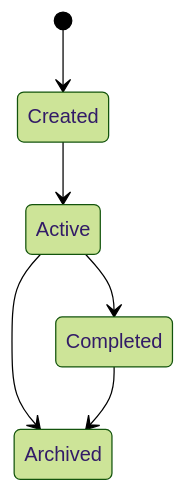
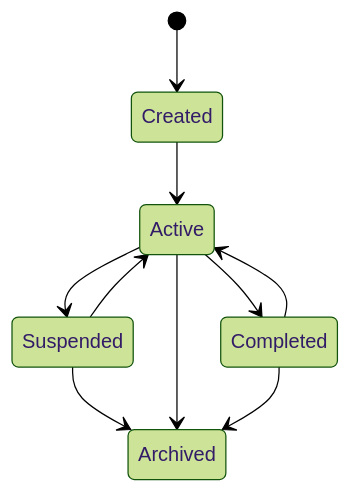
The fourth of 4 diagrams in docs/04-backend/investigation-service.md (koraayoztuurk/SentinelAI), drawn with Mermaid (forest theme) before and after one commit. The commit also changed other lines of this file and 66 other files, not shown here.

````diff
--- a/docs/04-backend/investigation-service.md
+++ b/docs/04-backend/investigation-service.md
@@ -324,8 +360,12 @@
 ```mermaid
 stateDiagram-v2
     [*] --> Created
     Created --> Active
+    Active --> Suspended
+    Suspended --> Active
+    Suspended --> Archived
     Active --> Completed
     Active --> Archived
+    Completed --> Active
     Completed --> Archived
 ```
````
